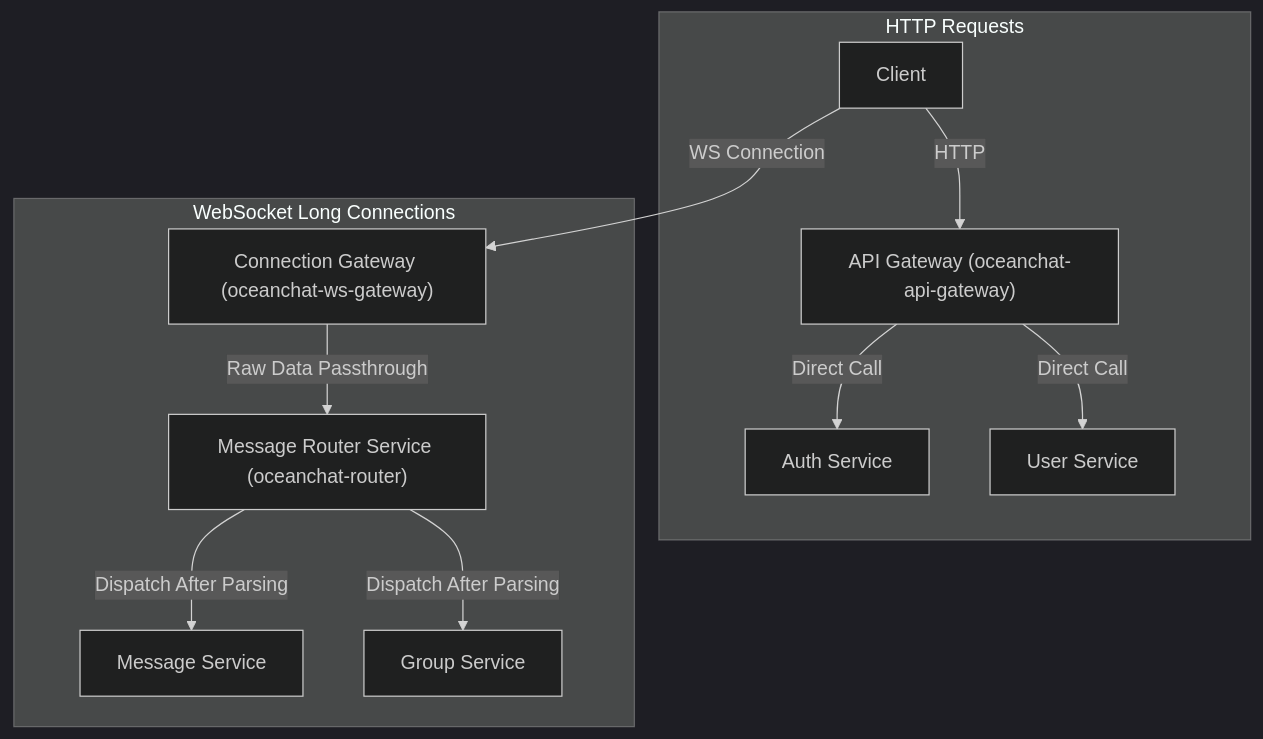
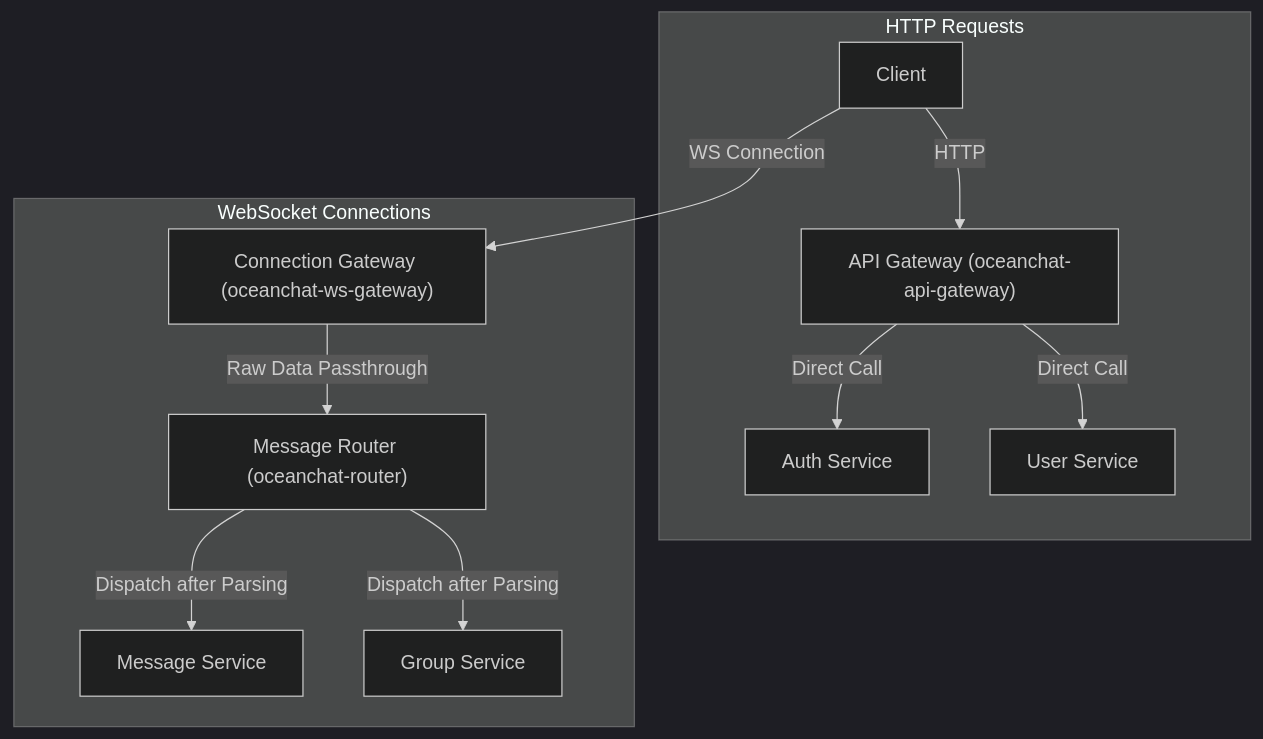
Before and after one commit to JamesWilson19970101/ocean.chat.docs: the second of 2 diagrams in docs/devdocs/microservice.md, drawn with Mermaid (dark theme). The commit also changed other lines of this file and 5 other files, not shown here.

First line of the commit message:
docs(architecture): update JetStream strategy, microservices and ADRs

````diff
--- a/docs/devdocs/microservice.md
+++ b/docs/devdocs/microservice.md
@@ -143,17 +132,17 @@
 ```mermaid
 graph TD
     Client[Client]
 
     subgraph HTTP Requests
     Client -- HTTP --> APIGW["API Gateway (oceanchat-api-gateway)"]
     APIGW -- Direct Call --> Auth[Auth Service]
     APIGW -- Direct Call --> User[User Service]
     end
 
-    subgraph WebSocket Long Connections
+    subgraph WebSocket Connections
     Client -- WS Connection --> WSGW["Connection Gateway (oceanchat-ws-gateway)"]
-    WSGW -- Raw Data Passthrough --> Router["Message Router Service (oceanchat-router)"]
-    Router -- Dispatch After Parsing --> Message[Message Service]
-    Router -- Dispatch After Parsing --> Group[Group Service]
+    WSGW -- Raw Data Passthrough --> Router["Message Router (oceanchat-router)"]
+    Router -- Dispatch after Parsing --> Message[Message Service]
+    Router -- Dispatch after Parsing --> Group[Group Service]
     end
 ```
````
